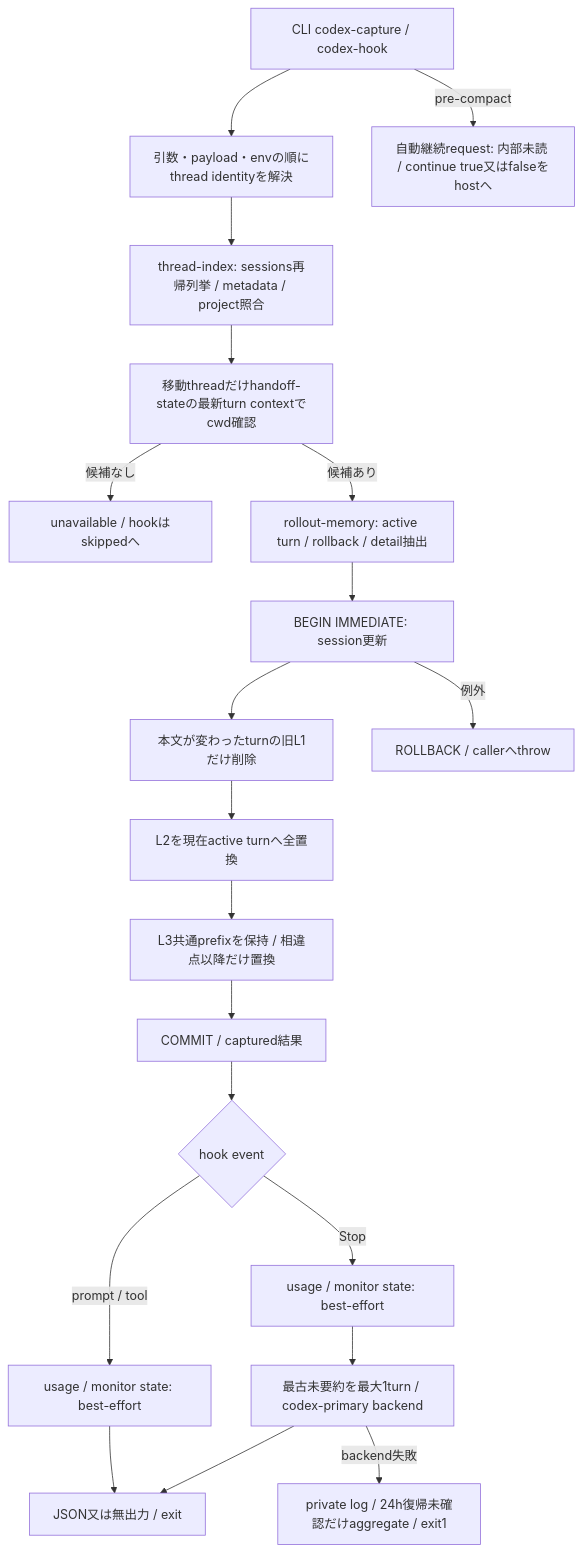
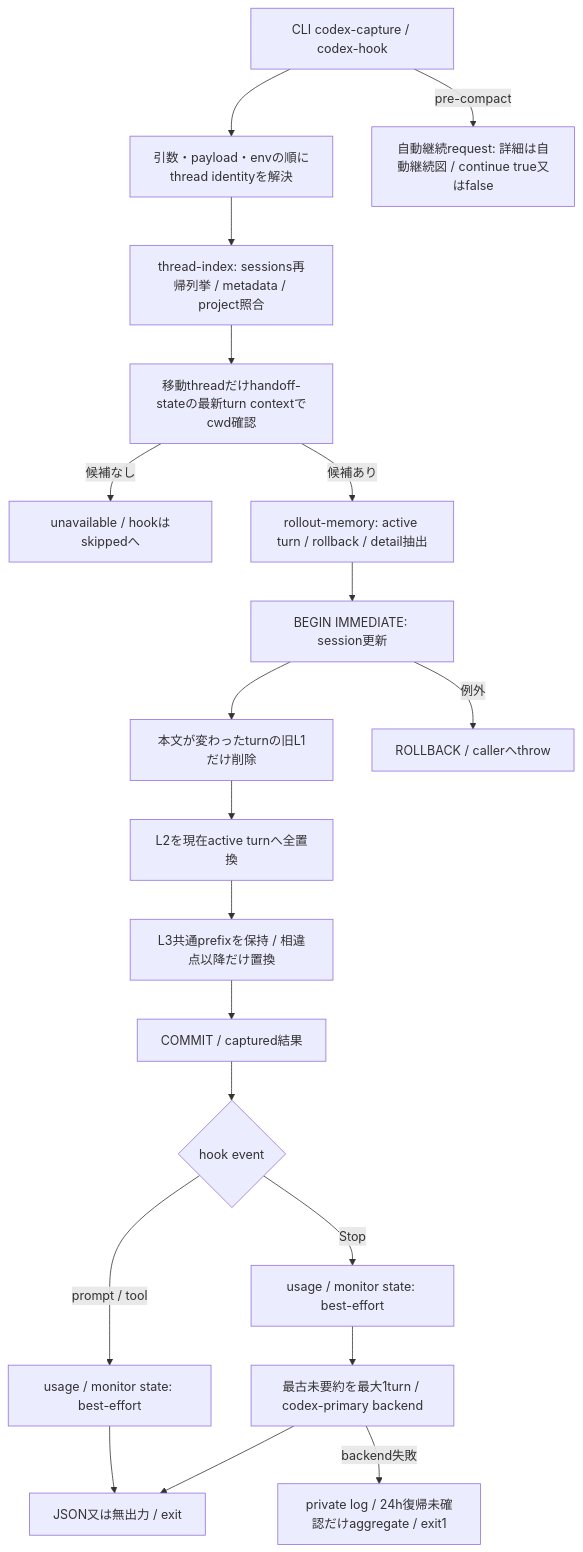
The fourth of 4 diagrams in docs/architecture/current-entrypoints.md (kitepon/Throughline), drawn with Mermaid before and after one commit. The commit also changed other lines of this file and 4 other files, not shown here.

````diff
--- a/docs/architecture/current-entrypoints.md
+++ b/docs/architecture/current-entrypoints.md
@@ -127,22 +128,22 @@
 ```mermaid
 flowchart TD
   CLI[CLI codex-capture / codex-hook] --> Identity[引数・payload・envの順にthread identityを解決]
   Identity --> Find[thread-index: sessions再帰列挙 / metadata / project照合]
   Find --> Relocated[移動threadだけhandoff-stateの最新turn contextでcwd確認]
   Relocated -->|候補なし| Unavailable[unavailable / hookはskippedへ]
   Relocated -->|候補あり| Parse[rollout-memory: active turn / rollback / detail抽出]
   Parse --> Tx[BEGIN IMMEDIATE: session更新]
   Tx --> Summaries[本文が変わったturnの旧L1だけ削除]
   Summaries --> Bodies[L2を現在active turnへ全置換]
   Bodies --> Details[L3共通prefixを保持 / 相違点以降だけ置換]
   Details --> Commit[COMMIT / captured結果]
   Tx -->|例外| Rollback[ROLLBACK / callerへthrow]
   Commit --> Hook{hook event}
   Hook -->|prompt / tool| State[usage / monitor state: best-effort]
   Hook -->|Stop| StopState[usage / monitor state: best-effort]
   StopState --> L1[最古未要約を最大1turn / codex-primary backend]
   L1 --> Result[JSON又は無出力 / exit]
   State --> Result
   L1 -->|backend失敗| Error[private log / 24h復帰未確認だけaggregate / exit1]
-  CLI -->|pre-compact| Auto[自動継続request: 内部未読 / continue true又はfalseをhostへ]
+  CLI -->|pre-compact| Auto[自動継続request: 詳細は自動継続図 / continue true又はfalse]
 ```
````
